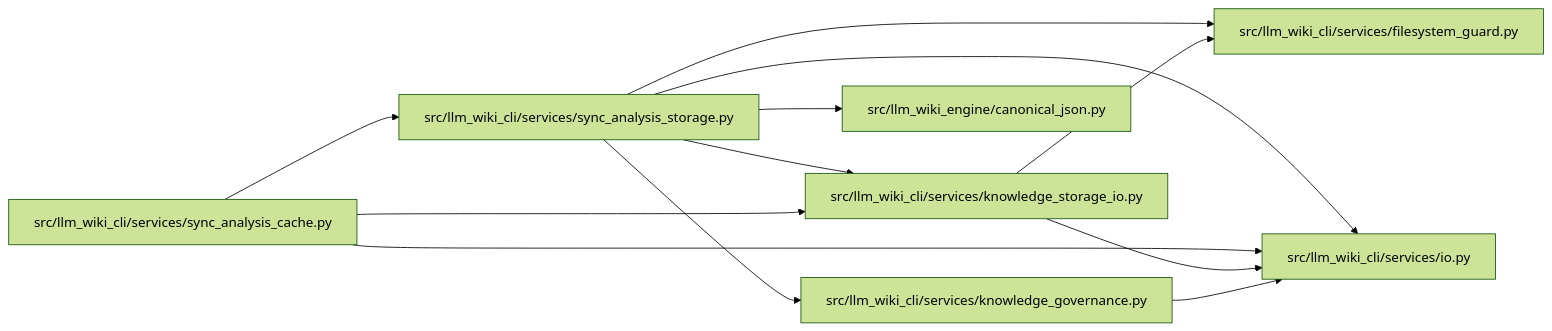
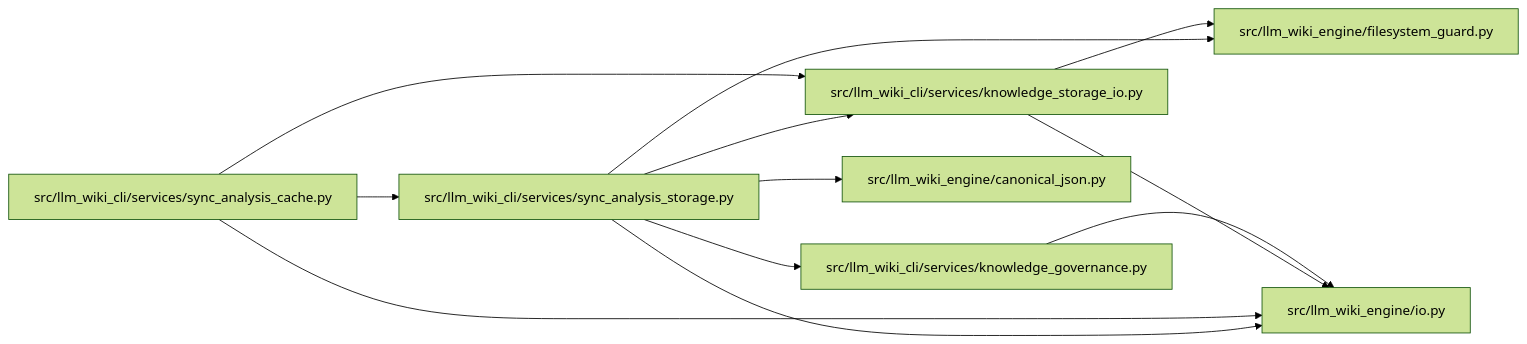
One commit to Denissvgn/python-wiki-llm changed the diagram in docs/llm_wiki/modules/sync_analysis_storage.md. Above: the diagram before and after it, drawn with Mermaid (forest theme). The commit also changed other lines of this file and 739 other files, not shown here.

First line of the commit message:
docs: refresh the wiki for the second engine batch

````diff
--- a/docs/llm_wiki/modules/sync_analysis_storage.md
+++ b/docs/llm_wiki/modules/sync_analysis_storage.md
@@ -28,28 +28,28 @@
 ```mermaid
 flowchart LR
-    n0["src/llm_wiki_cli/services/filesystem_guard.py"]
-    n1["src/llm_wiki_cli/services/io.py"]
-    n2["src/llm_wiki_cli/services/knowledge_governance.py"]
-    n3["src/llm_wiki_cli/services/knowledge_storage_io.py"]
-    n4["src/llm_wiki_cli/services/sync_analysis_cache.py"]
-    n5["src/llm_wiki_cli/services/sync_analysis_storage.py"]
-    n6["src/llm_wiki_engine/canonical_json.py"]
+    n0["src/llm_wiki_cli/services/knowledge_governance.py"]
+    n1["src/llm_wiki_cli/services/knowledge_storage_io.py"]
+    n2["src/llm_wiki_cli/services/sync_analysis_cache.py"]
+    n3["src/llm_wiki_cli/services/sync_analysis_storage.py"]
+    n4["src/llm_wiki_engine/canonical_json.py"]
+    n5["src/llm_wiki_engine/filesystem_guard.py"]
+    n6["src/llm_wiki_engine/io.py"]
+    n0 --> n6
+    n1 --> n5
+    n1 --> n6
     n2 --> n1
+    n2 --> n3
+    n2 --> n6
     n3 --> n0
     n3 --> n1
-    n4 --> n1
-    n4 --> n3
-    n4 --> n5
-    n5 --> n0
-    n5 --> n1
-    n5 --> n2
-    n5 --> n3
-    n5 --> n6
-    click n0 "../modules/filesystem_guard.md"
-    click n1 "../modules/io.md"
-    click n2 "../modules/knowledge_governance.md"
-    click n3 "../modules/knowledge_storage_io.md"
-    click n4 "../modules/sync_analysis_cache.md"
-    click n5 "../modules/sync_analysis_storage.md"
-    click n6 "../modules/canonical_json.md"
+    n3 --> n4
+    n3 --> n5
+    n3 --> n6
+    click n0 "../modules/knowledge_governance.md"
+    click n1 "../modules/knowledge_storage_io.md"
+    click n2 "../modules/sync_analysis_cache.md"
+    click n3 "../modules/sync_analysis_storage.md"
+    click n4 "../modules/canonical_json.md"
+    click n5 "../modules/filesystem_guard.md"
+    click n6 "../modules/io.md"
 ```
````
